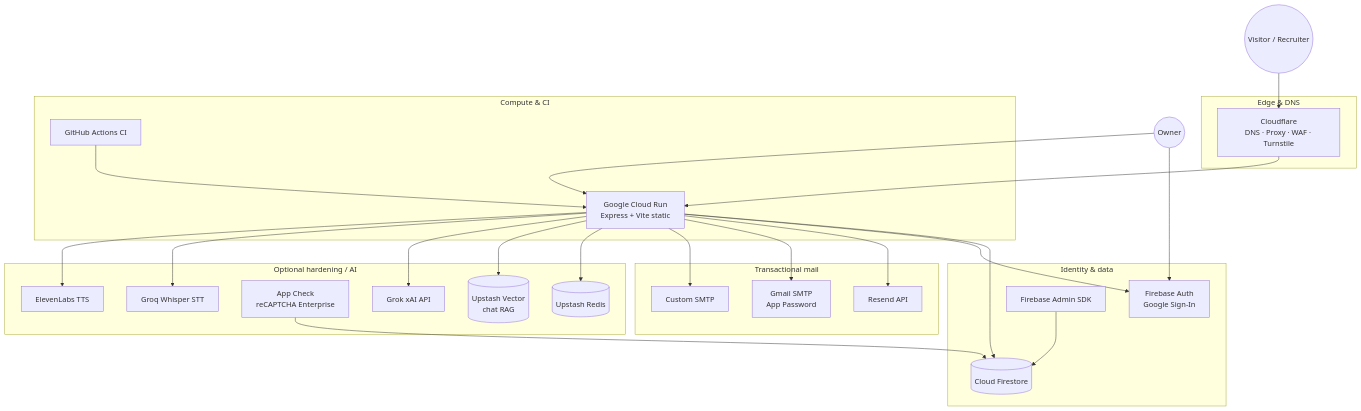
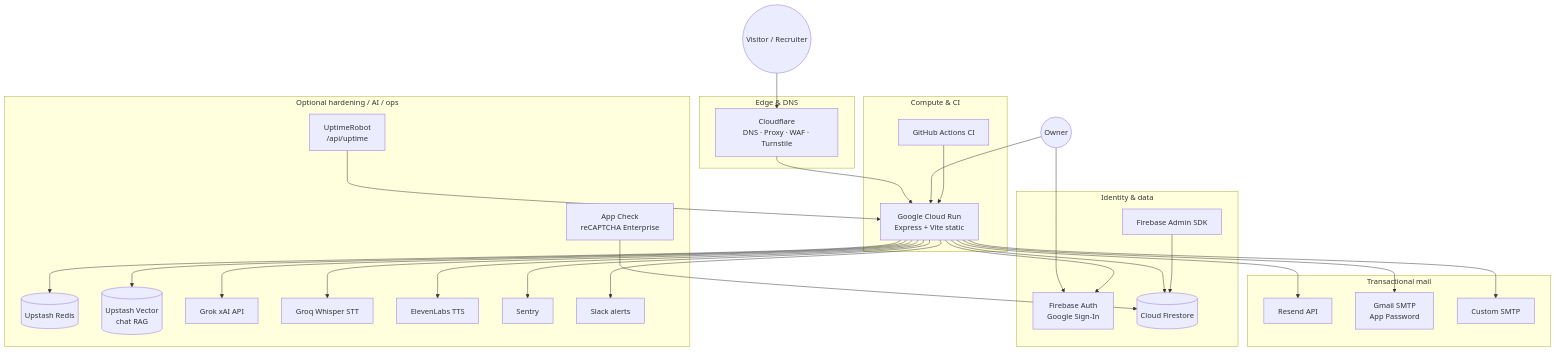
One commit to mosufyan/sufyan-portfolio changed the first of 5 diagrams in docs/EXTERNAL_TOOLS_AND_COSTS.md. Above: the diagram before and after it, drawn with Mermaid. The commit also changed other lines of this file and 11 other files, not shown here.

````diff
--- a/docs/EXTERNAL_TOOLS_AND_COSTS.md
+++ b/docs/EXTERNAL_TOOLS_AND_COSTS.md
@@ -13,52 +13,58 @@
 ```mermaid
 flowchart TB
   Visitor((Visitor / Recruiter))
   Owner((Owner))
 
   subgraph Edge["Edge & DNS"]
     CF[Cloudflare<br/>DNS · Proxy · WAF · Turnstile]
   end
 
   subgraph Compute["Compute & CI"]
     CR[Google Cloud Run<br/>Express + Vite static]
     GH[GitHub Actions CI]
   end
 
   subgraph IdentityData["Identity & data"]
     FA[Firebase Auth<br/>Google Sign-In]
     FS[(Cloud Firestore)]
     Admin[Firebase Admin SDK]
   end
 
   subgraph Mail["Transactional mail"]
     Resend[Resend API]
     Gmail[Gmail SMTP<br/>App Password]
     SMTP[Custom SMTP]
   end
 
-  subgraph Optional["Optional hardening / AI"]
+  subgraph Optional["Optional hardening / AI / ops"]
     Redis[(Upstash Redis)]
     Vector[(Upstash Vector<br/>chat RAG)]
     AppCheck[App Check<br/>reCAPTCHA Enterprise]
     Grok[Grok xAI API]
     Groq[Groq Whisper STT]
     Eleven[ElevenLabs TTS]
+    Sentry[Sentry]
+    Slack[Slack alerts]
+    Uptime[UptimeRobot<br/>/api/uptime]
   end
 
   Visitor --> CF --> CR
   Owner --> FA
   Owner --> CR
   CR --> FS
   CR --> FA
   CR --> Resend
   CR --> Gmail
   CR --> SMTP
   CR --> Redis
   CR --> Vector
   CR --> Grok
   CR --> Groq
   CR --> Eleven
+  CR --> Sentry
+  CR --> Slack
+  Uptime --> CR
   Admin --> FS
   AppCheck --> FS
   GH --> CR
 ```
````
